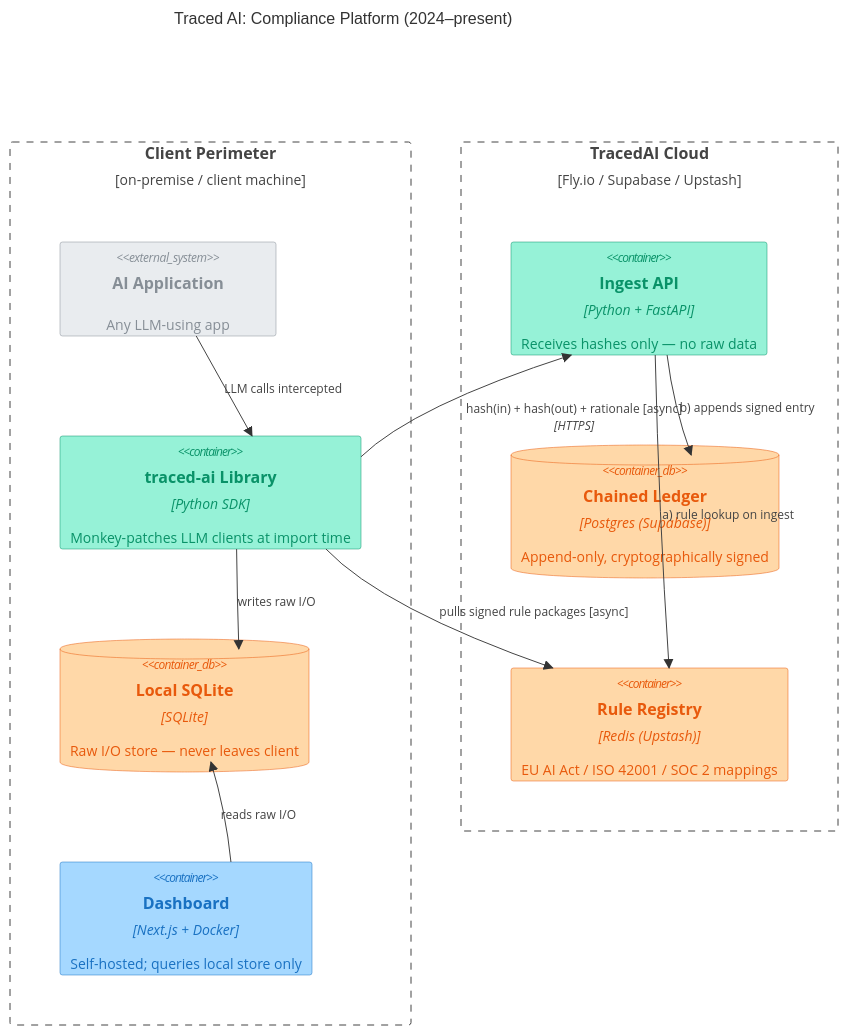
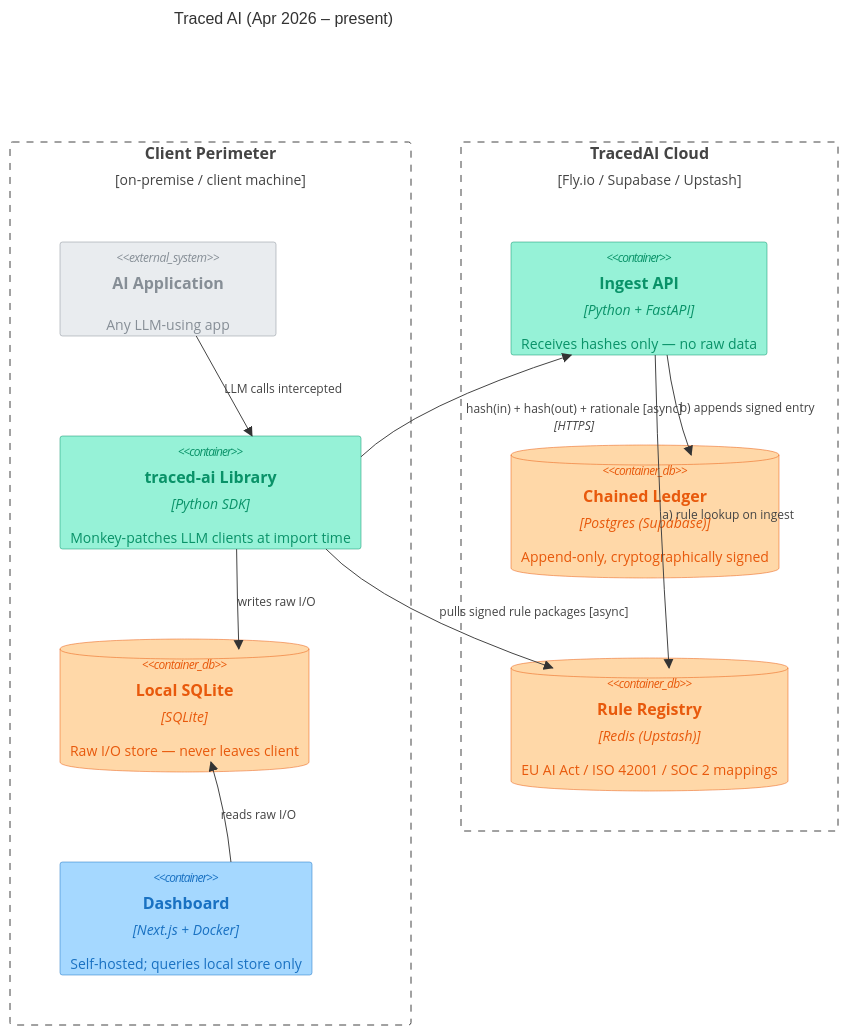
The diagram in src/diagrams/traced-ai.md (cmin764/portfolio), drawn with Mermaid before and after one commit. The commit also changed other lines of this file and 14 other files, not shown here.

First line of the commit message:
Diagram polish: palette, conventions, and diagram updates (#8)

````diff
--- a/src/diagrams/traced-ai.md
+++ b/src/diagrams/traced-ai.md
@@ -10,35 +10,35 @@
 ```mermaid
 C4Container
-  title Traced AI: Compliance Platform (2024–present)
+  title Traced AI (Apr 2026 – present)
 
   Boundary(client, "Client Perimeter", "on-premise / client machine") {
     System_Ext(aiapp, "AI Application", "Any LLM-using app")
     Container(lib, "traced-ai Library", "Python SDK", "Monkey-patches LLM clients at import time")
     ContainerDb(sqlite, "Local SQLite", "SQLite", "Raw I/O store — never leaves client")
     Container(dash, "Dashboard", "Next.js + Docker", "Self-hosted; queries local store only")
   }
 
   Boundary(cloud, "TracedAI Cloud", "Fly.io / Supabase / Upstash") {
     Container(ingest, "Ingest API", "Python + FastAPI", "Receives hashes only — no raw data")
     ContainerDb(ledger, "Chained Ledger", "Postgres (Supabase)", "Append-only, cryptographically signed")
-    Container(rules, "Rule Registry", "Redis (Upstash)", "EU AI Act / ISO 42001 / SOC 2 mappings")
+    ContainerDb(rules, "Rule Registry", "Redis (Upstash)", "EU AI Act / ISO 42001 / SOC 2 mappings")
   }
 
   Rel(aiapp, lib, "LLM calls intercepted")
   Rel(lib, sqlite, "writes raw I/O")
   Rel(lib, ingest, "hash(in) + hash(out) + rationale [async]", "HTTPS")
   Rel(ingest, rules, "a) rule lookup on ingest")
   Rel(ingest, ledger, "b) appends signed entry")
   Rel(lib, rules, "pulls signed rule packages [async]")
   Rel(dash, sqlite, "reads raw I/O")
 
   UpdateLayoutConfig($c4ShapeInRow="4", $c4BoundaryInRow="2")
 
   UpdateElementStyle(lib, $fontColor="#099268", $bgColor="#96f2d7", $borderColor="#099268")
   UpdateElementStyle(dash, $fontColor="#1971c2", $bgColor="#a5d8ff", $borderColor="#1971c2")
   UpdateElementStyle(sqlite, $fontColor="#e8590c", $bgColor="#ffd8a8", $borderColor="#e8590c")
   UpdateElementStyle(ingest, $fontColor="#099268", $bgColor="#96f2d7", $borderColor="#099268")
   UpdateElementStyle(ledger, $fontColor="#e8590c", $bgColor="#ffd8a8", $borderColor="#e8590c")
   UpdateElementStyle(rules, $fontColor="#e8590c", $bgColor="#ffd8a8", $borderColor="#e8590c")
   UpdateElementStyle(aiapp, $bgColor="#e9ecef", $borderColor="#868e96", $fontColor="#868e96")
 ```
````
